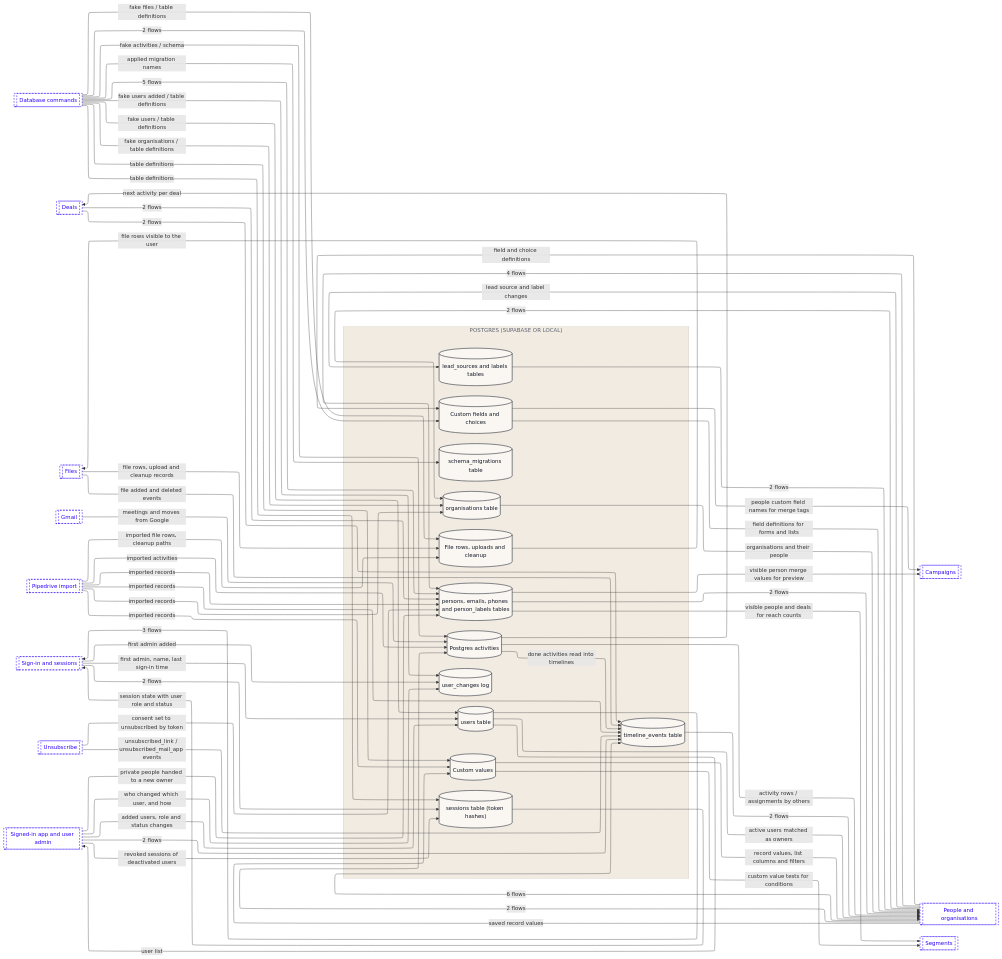
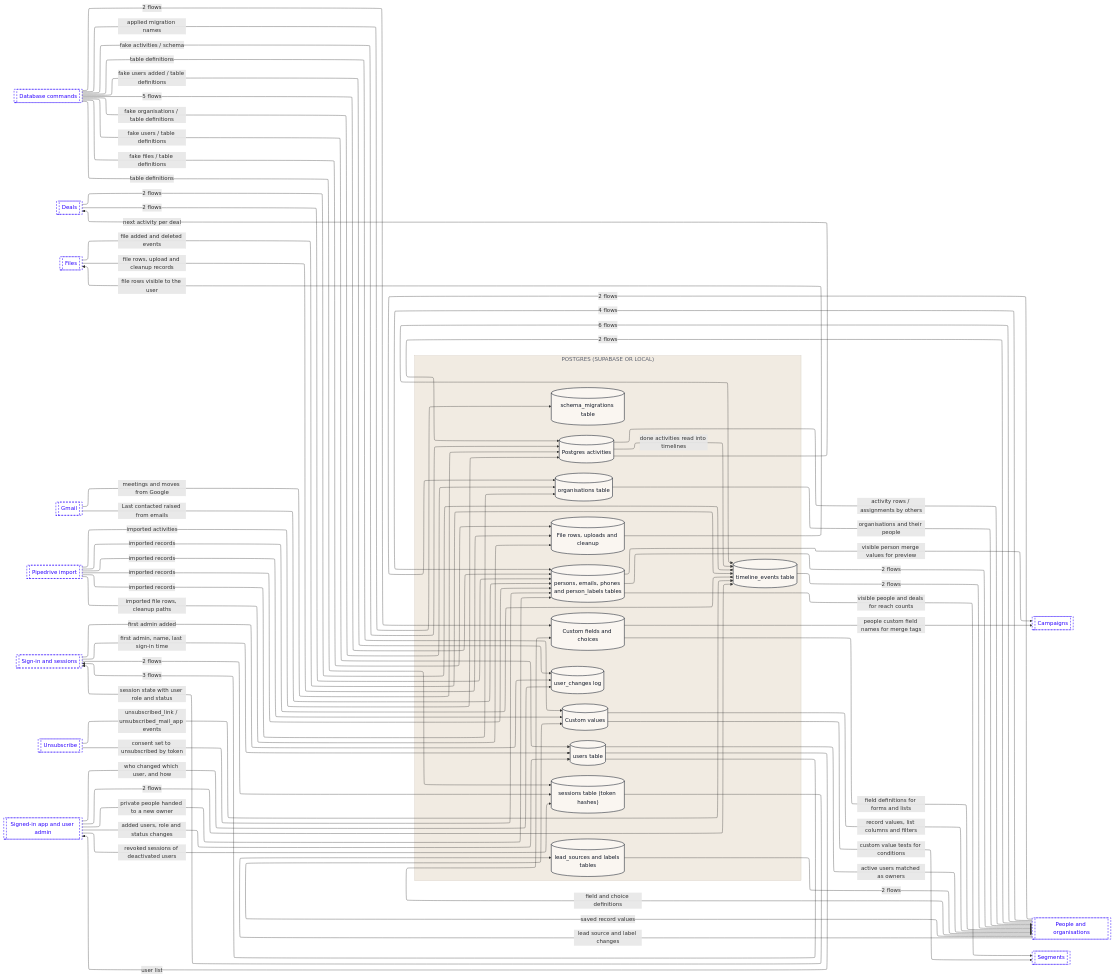
One commit to Romain-Perche/Barnacle-Pipe changed the fourth of 16 diagrams in dataflow/DATAFLOW.md. Above: the diagram before and after it, drawn with Mermaid. The commit also changed other lines of this file and 5 other files, not shown here.

```diff
--- a/dataflow/DATAFLOW.md
+++ b/dataflow/DATAFLOW.md
@@ -321,6 +321,7 @@
     n4 -->|"custom value tests for conditions"| n20
     n15 -->|"2 flows"| n7
     n15 -->|"2 flows"| n10
+    n17 -->|"Last contacted raised from emails"| n7
     n16 -->|"file rows, upload and cleanup records"| n5
     n16 -->|"file added and deleted events"| n10
     n5 -->|"file rows visible to the user"| n16
```
